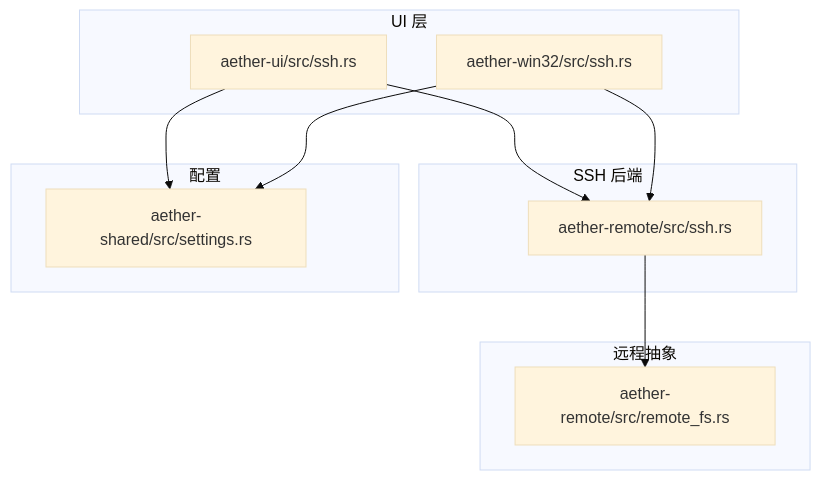
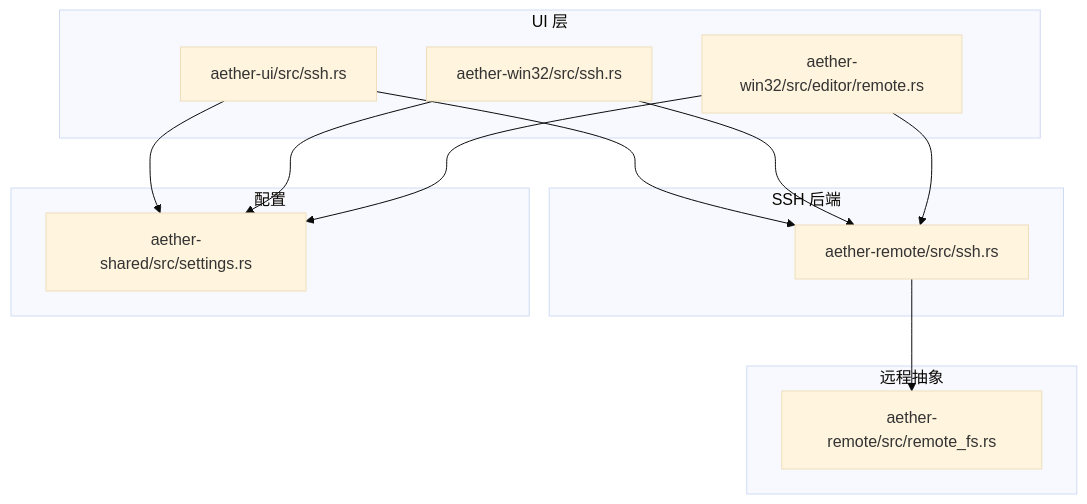
The first of 10 diagrams in .qoder/repowiki/zh/content/远程开发功能/SSH 连接管理.md (aetherstudio-cn/AetherStudio), drawn with Mermaid (base theme) before and after one commit. The commit also changed other lines of this file and 17 other files, not shown here.

````diff
--- a/.qoder/repowiki/zh/content/远程开发功能/SSH 连接管理.md
+++ b/.qoder/repowiki/zh/content/远程开发功能/SSH 连接管理.md
@@ -33,21 +44,24 @@
 ```mermaid
 graph TB
 subgraph "UI 层"
 UI["aether-ui/src/ssh.rs"]
 WIN["aether-win32/src/ssh.rs"]
+REMOTE["aether-win32/src/editor/remote.rs"]
 end
 subgraph "远程抽象"
 RFS["aether-remote/src/remote_fs.rs"]
 end
 subgraph "SSH 后端"
 SSHRS["aether-remote/src/ssh.rs"]
 end
 subgraph "配置"
 SET["aether-shared/src/settings.rs"]
 end
 UI --> SSHRS
 WIN --> SSHRS
+REMOTE --> SSHRS
 SSHRS --> RFS
 UI --> SET
 WIN --> SET
+REMOTE --> SET
 ```
````
